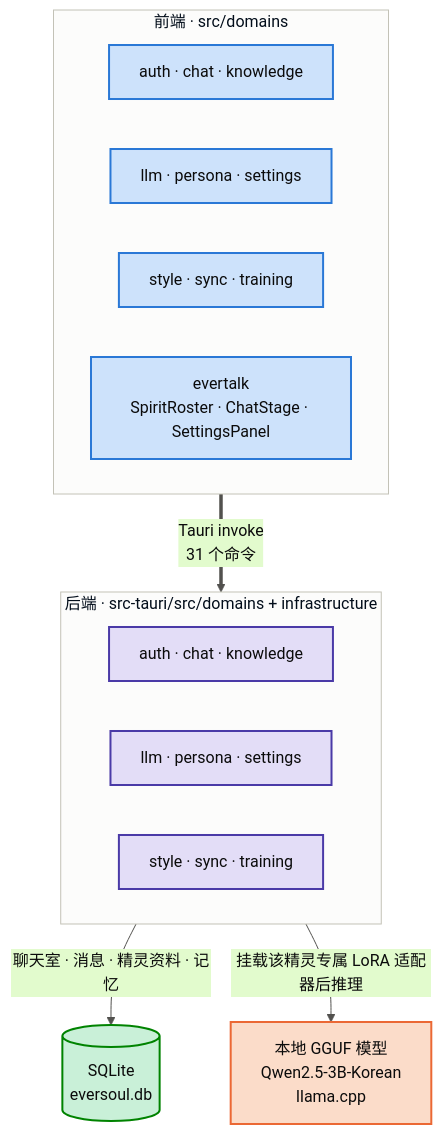
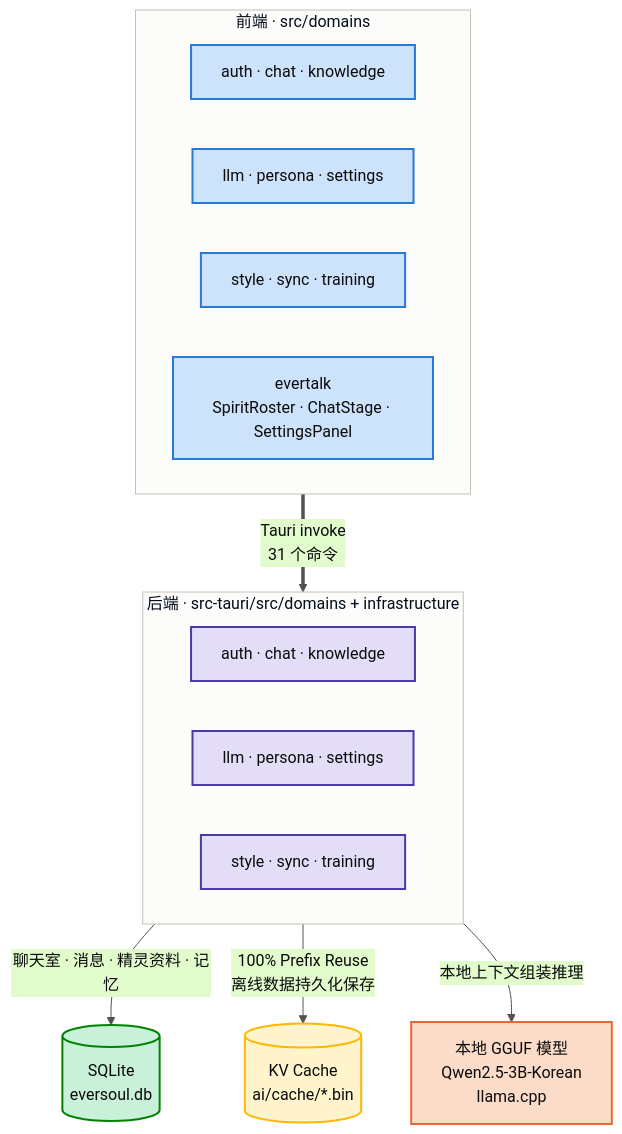
Before and after one commit to GarnetRapture/eversoul-ai-chat: the diagram in README.zh-CN.md, drawn with Mermaid. The commit also changed other lines of this file and 28 other files, not shown here.

````diff
--- a/README.zh-CN.md
+++ b/README.zh-CN.md
@@ -211,33 +211,36 @@
 ```mermaid
 %%{init: {'theme': 'base', 'themeVariables': {'primaryColor': '#cde2fb', 'primaryBorderColor': '#2a78d6', 'primaryTextColor': '#0b0b0b', 'lineColor': '#52514e', 'clusterBkg': '#fcfcfb', 'clusterBorder': '#c3c2b7', 'fontFamily': 'system-ui, -apple-system, Segoe UI, sans-serif'}}}%%
 flowchart TB
     subgraph FE["前端 · src/domains"]
         direction LR
         FE1["auth · chat · knowledge"]
         FE2["llm · persona · settings"]
         FE3["style · sync · training"]
         FE4["evertalk<br/>SpiritRoster · ChatStage · SettingsPanel"]
     end
 
     FE == "Tauri invoke<br/>31 个命令" ==> BE
 
     subgraph BE["后端 · src-tauri/src/domains + infrastructure"]
         direction LR
         BE1["auth · chat · knowledge"]
         BE2["llm · persona · settings"]
         BE3["style · sync · training"]
     end
 
     BE -- "聊天室 · 消息 · 精灵资料 · 记忆" --> DB[("SQLite<br/>eversoul.db")]
-    BE -- "挂载该精灵专属 LoRA 适配器后推理" --> LLM["本地 GGUF 模型<br/>Qwen2.5-3B-Korean<br/>llama.cpp"]
+    BE -- "100% Prefix Reuse<br/>离线数据持久化保存" --> CACHE[("KV Cache<br/>ai/cache/*.bin")]
+    BE -- "本地上下文组装推理" --> LLM["本地 GGUF 模型<br/>Qwen2.5-3B-Korean<br/>llama.cpp"]
 
     classDef feStyle fill:#cde2fb,stroke:#2a78d6,stroke-width:2px,color:#0b0b0b
     classDef beStyle fill:#e3ddf7,stroke:#4a3aa7,stroke-width:2px,color:#0b0b0b
     classDef dbStyle fill:#c9f0d8,stroke:#008300,stroke-width:2px,color:#0b0b0b
     classDef llmStyle fill:#fbdcc9,stroke:#eb6834,stroke-width:2px,color:#0b0b0b
+    classDef cacheStyle fill:#fff4cc,stroke:#ffb703,stroke-width:2px,color:#0b0b0b
 
     class FE1,FE2,FE3,FE4 feStyle
     class BE1,BE2,BE3 beStyle
     class DB dbStyle
     class LLM llmStyle
+    class CACHE cacheStyle
 ```
````
